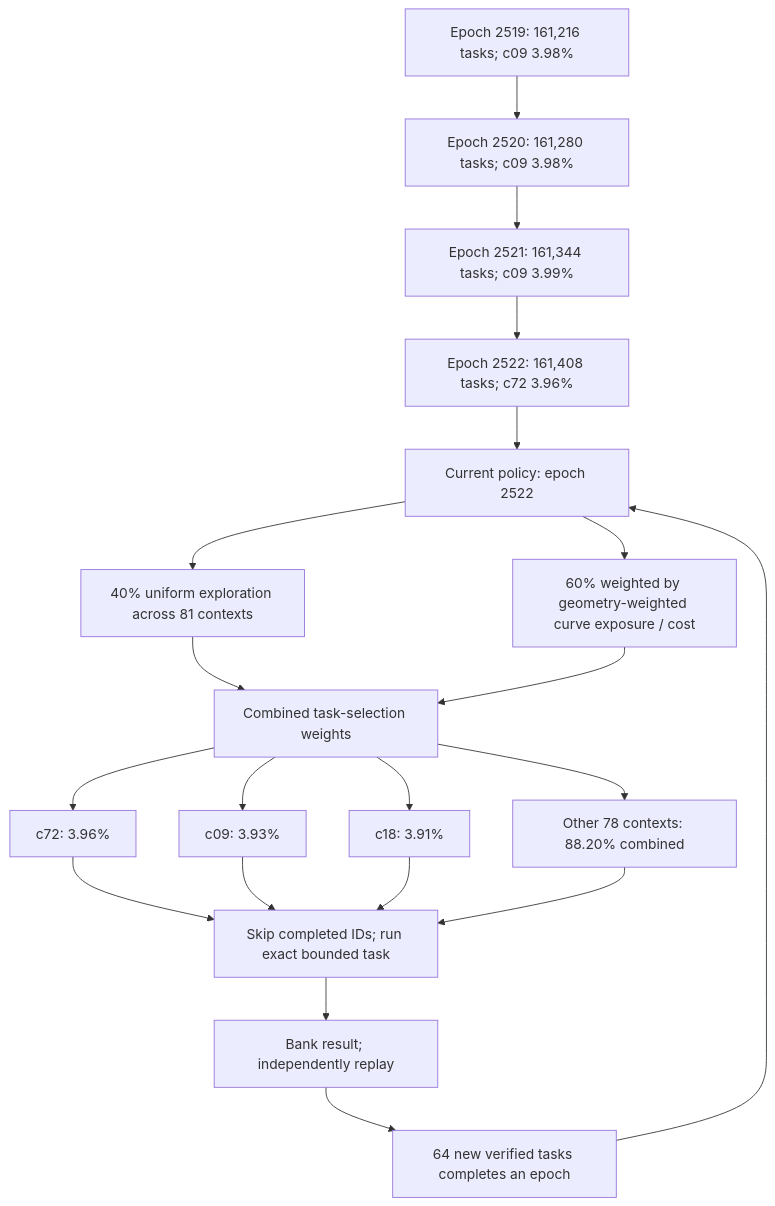
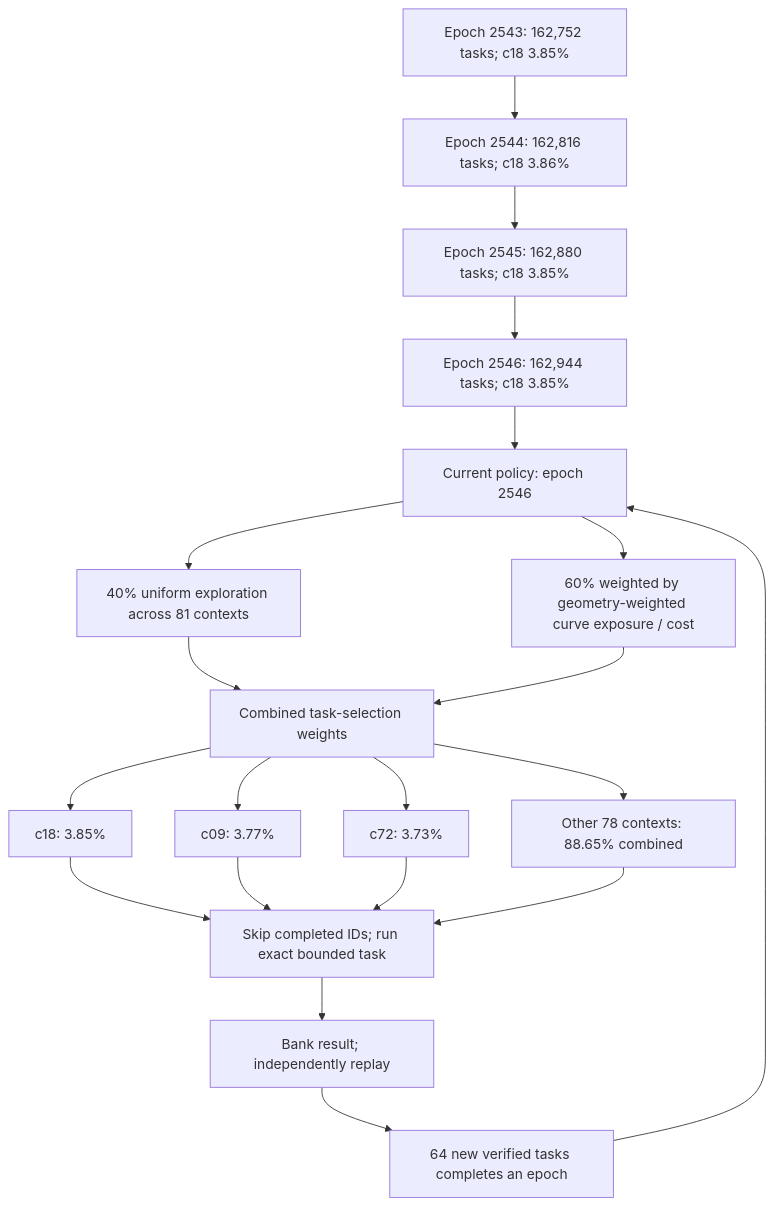
The first of 3 diagrams in README.md (Kuberwastaken/math-gambling), drawn with Mermaid before and after one commit. The commit also changed other lines of this file and 3068 other files, not shown here.

````diff
--- a/README.md
+++ b/README.md
@@ -56,27 +56,27 @@
 ```mermaid
 flowchart TD
-    H0["Epoch 2519: 161,216 tasks; c09 3.98%"]
-    H1["Epoch 2520: 161,280 tasks; c09 3.98%"]
+    H0["Epoch 2543: 162,752 tasks; c18 3.85%"]
+    H1["Epoch 2544: 162,816 tasks; c18 3.86%"]
     H0 --> H1
-    H2["Epoch 2521: 161,344 tasks; c09 3.99%"]
+    H2["Epoch 2545: 162,880 tasks; c18 3.85%"]
     H1 --> H2
-    H3["Epoch 2522: 161,408 tasks; c72 3.96%"]
+    H3["Epoch 2546: 162,944 tasks; c18 3.85%"]
     H2 --> H3
-    Policy["Current policy: epoch 2522"]
+    Policy["Current policy: epoch 2546"]
     H3 --> Policy
     Policy --> Explore["40% uniform exploration across 81 contexts"]
     Policy --> Cost["60% weighted by geometry-weighted curve exposure / cost"]
     Explore --> Mix["Combined task-selection weights"]
     Cost --> Mix
-    Mix --> C0["c72: 3.96%"]
-    Mix --> C1["c09: 3.93%"]
-    Mix --> C2["c18: 3.91%"]
-    Mix --> Rest["Other 78 contexts: 88.20% combined"]
+    Mix --> C0["c18: 3.85%"]
+    Mix --> C1["c09: 3.77%"]
+    Mix --> C2["c72: 3.73%"]
+    Mix --> Rest["Other 78 contexts: 88.65% combined"]
     C0 --> Check["Skip completed IDs; run exact bounded task"]
     C1 --> Check
     C2 --> Check
     Rest --> Check
     Check --> Replay["Bank result; independently replay"]
     Replay --> Gate["64 new verified tasks completes an epoch"]
     Gate --> Policy
 ```
````
